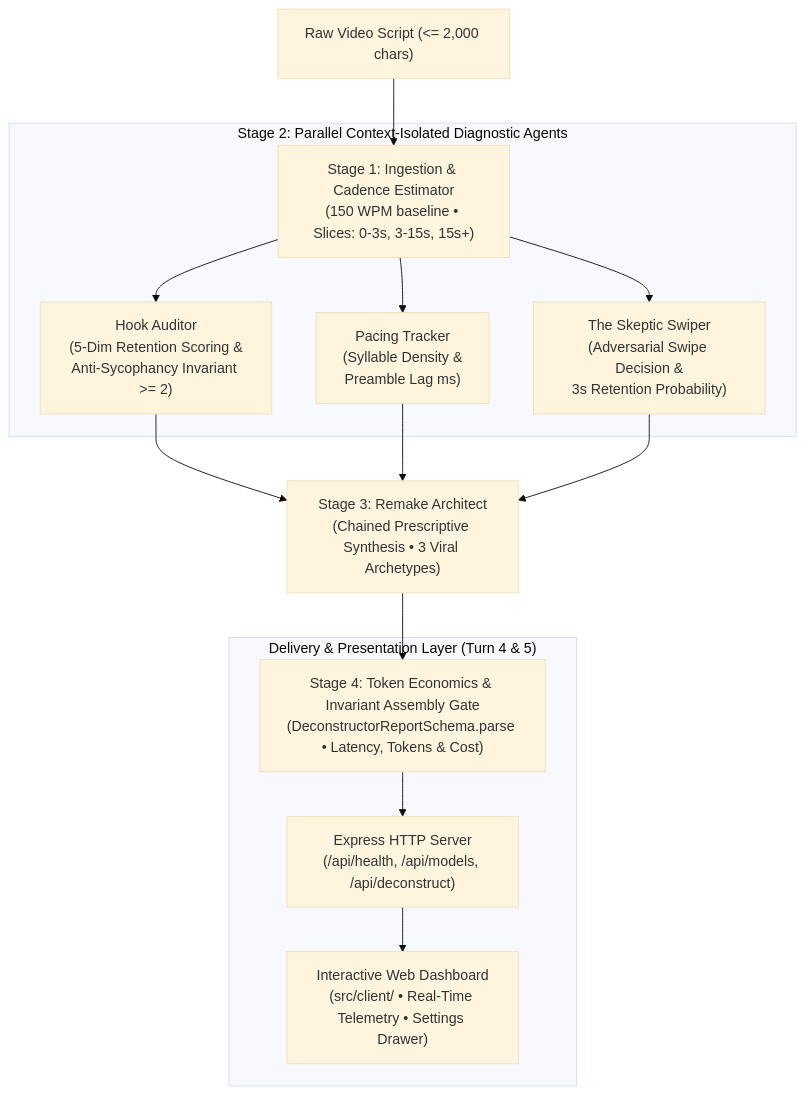
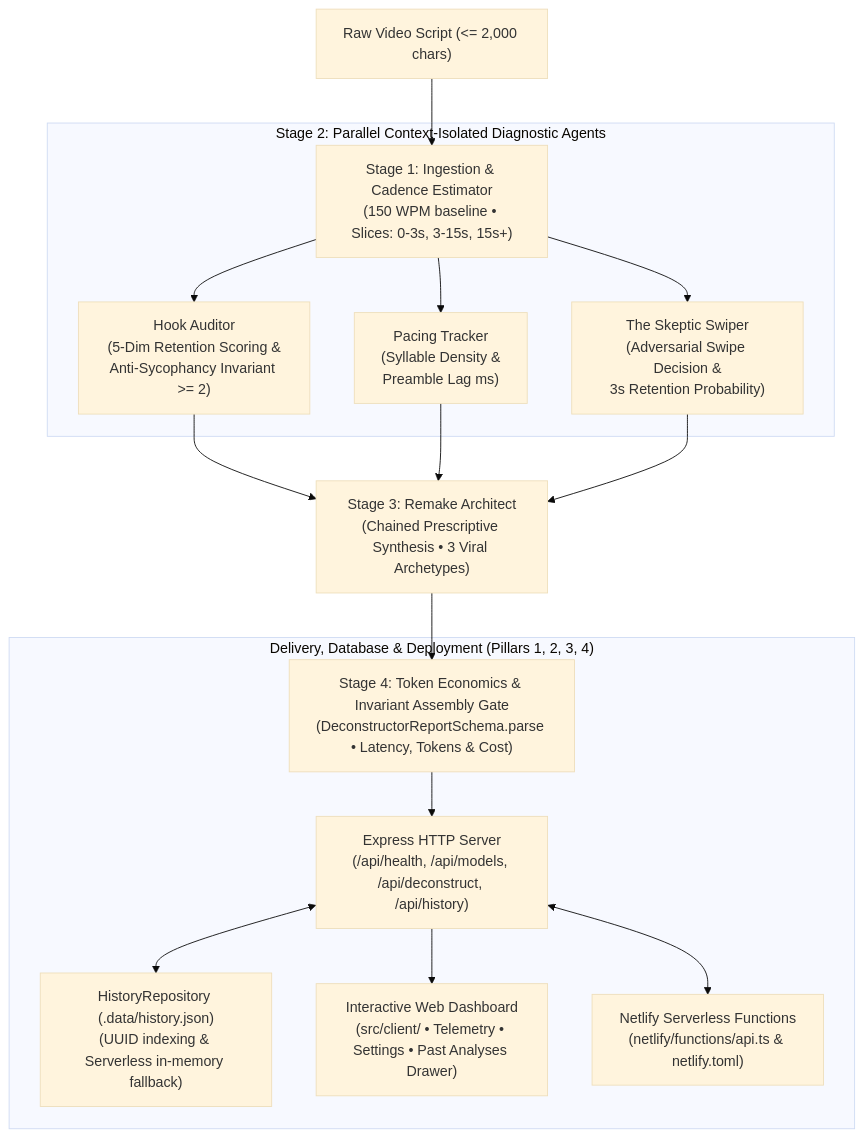
The second of 2 diagrams in README.md (Amityst12/LLMProj-ViralVideo), drawn with Mermaid (base theme) before and after one commit. The commit also changed other lines of this file and 1 other file, not shown here.

Commit message:
docs(architecture): document 4-pillar request-response cycle, persistence drawer, Netlify deployment, and compliance scorecard

````diff
--- a/README.md
+++ b/README.md
@@ -41,21 +88,23 @@
 ```mermaid
 flowchart TD
     User["Raw Video Script (<= 2,000 chars)"] --> Stage1["Stage 1: Ingestion & Cadence Estimator\n(150 WPM baseline &bull; Slices: 0-3s, 3-15s, 15s+)"]
     
     subgraph ParallelDiagnostics["Stage 2: Parallel Context-Isolated Diagnostic Agents"]
         Stage1 --> HookAuditor["Hook Auditor\n(5-Dim Retention Scoring &\nAnti-Sycophancy Invariant >= 2)"]
         Stage1 --> PacingTracker["Pacing Tracker\n(Syllable Density &\nPreamble Lag ms)"]
         Stage1 --> SkepticSwiper["The Skeptic Swiper\n(Adversarial Swipe Decision &\n3s Retention Probability)"]
     end
 
     HookAuditor --> Stage3["Stage 3: Remake Architect\n(Chained Prescriptive Synthesis &bull; 3 Viral Archetypes)"]
     PacingTracker --> Stage3
     SkepticSwiper --> Stage3
 
     Stage3 --> Stage4["Stage 4: Token Economics & Invariant Assembly Gate\n(DeconstructorReportSchema.parse &bull; Latency, Tokens & Cost)"]
     
-    subgraph DeliveryLayer["Delivery & Presentation Layer (Turn 4 & 5)"]
-        Stage4 --> ExpressServer["Express HTTP Server\n(/api/health, /api/models, /api/deconstruct)"]
-        ExpressServer --> WebDashboard["Interactive Web Dashboard\n(src/client/ &bull; Real-Time Telemetry &bull; Settings Drawer)"]
+    subgraph DeliveryAndPersistence["Delivery, Database & Deployment (Pillars 1, 2, 3, 4)"]
+        Stage4 --> ExpressServer["Express HTTP Server\n(/api/health, /api/models, /api/deconstruct, /api/history)"]
+        ExpressServer <--> HistoryDB["HistoryRepository (.data/history.json)\n(UUID indexing & Serverless in-memory fallback)"]
+        ExpressServer --> WebDashboard["Interactive Web Dashboard\n(src/client/ &bull; Telemetry &bull; Settings &bull; Past Analyses Drawer)"]
+        ExpressServer <--> NetlifyFunction["Netlify Serverless Functions\n(netlify/functions/api.ts & netlify.toml)"]
     end
 ```
````
